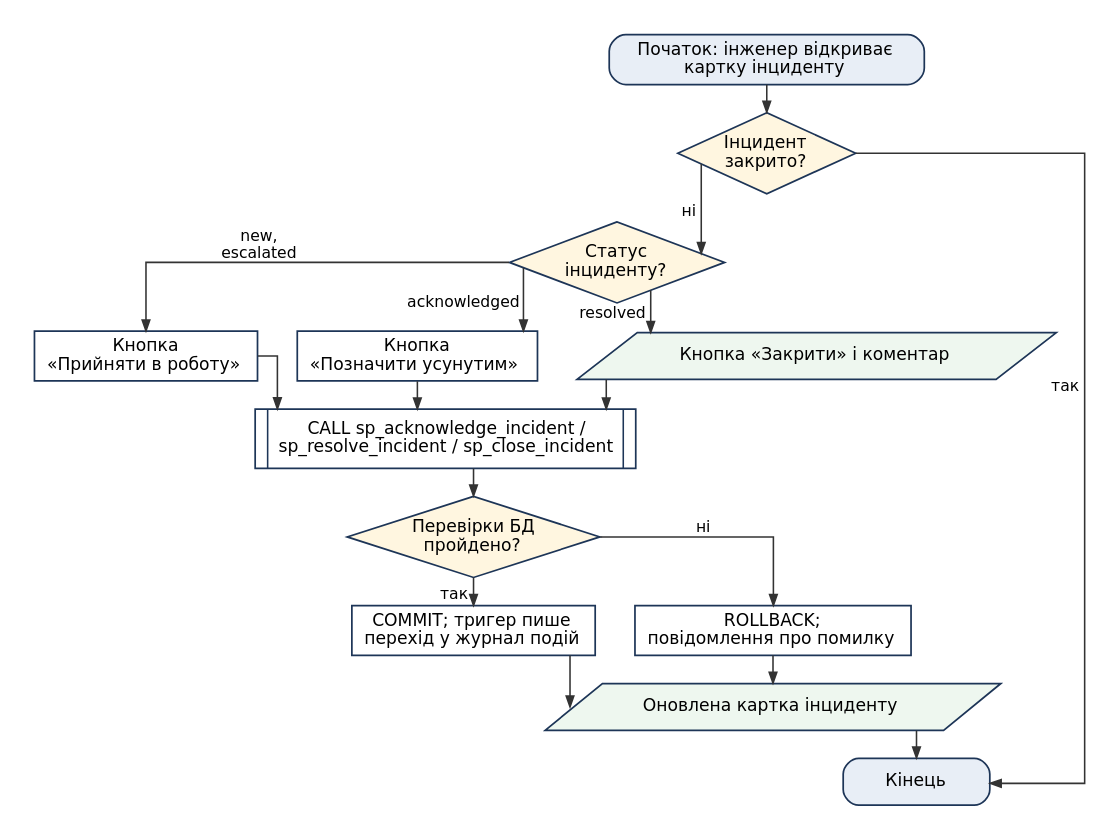
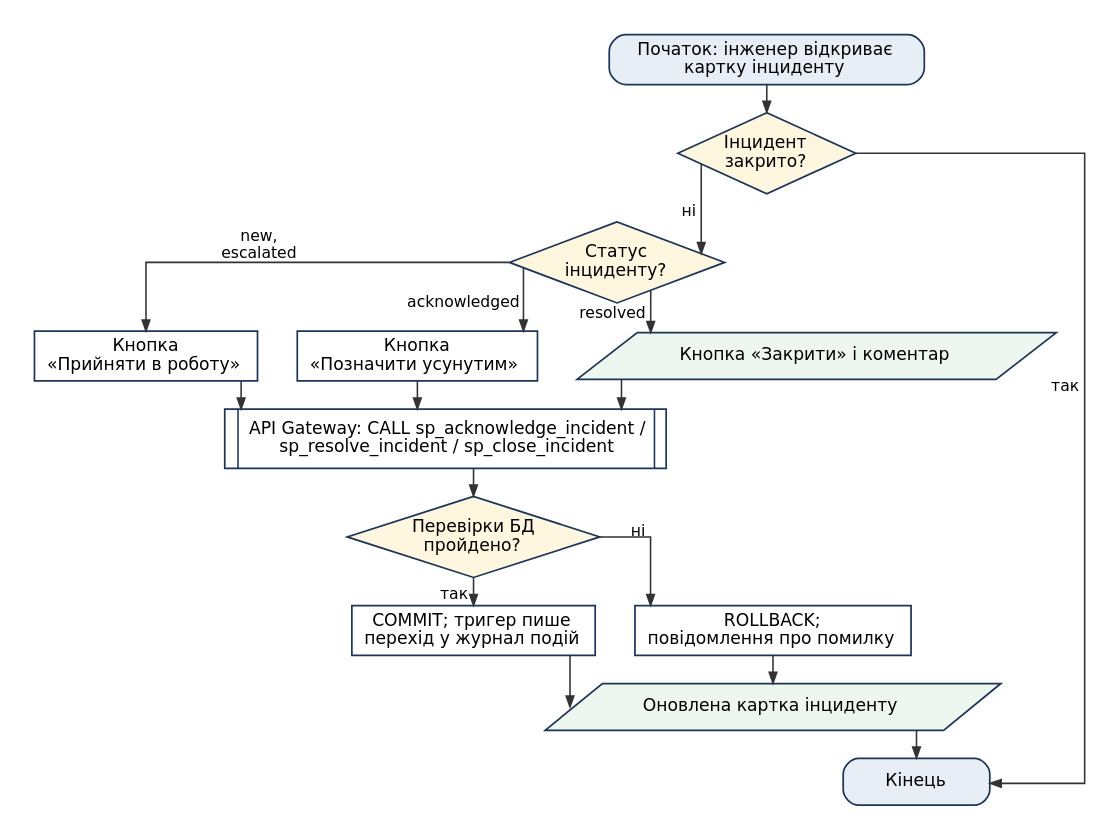
The diagram in docs/diagrams/src/flow_05_incident.dot (KrutoiPatsan13/laba1), drawn with Graphviz before and after one commit. The commit also changed 48 other files, not shown here.

```diff
--- a/docs/diagrams/src/flow_05_incident.dot
+++ b/docs/diagrams/src/flow_05_incident.dot
@@ -1,35 +1,35 @@
 digraph flow_05_incident {
   graph [rankdir=TB, splines=ortho, nodesep=0.35, ranksep=0.25, fontname="DejaVu Sans", pad=0.2, forcelabels=true];
   node [fontname="DejaVu Sans", fontsize=11, width=1.3, height=0.42, color="#1d3557", penwidth=1.1];
   edge [fontname="DejaVu Sans", fontsize=10, color="#333333", arrowsize=0.7];
   n1 [shape=box, style="rounded,filled", fillcolor="#e8eef6", label=<Початок: інженер відкриває<BR/>картку інциденту>, margin="0.25,0.06"];
   n2 [shape=diamond, style=filled, fillcolor="#fff6e0", label=<Інцидент<BR/>закрито?>, margin="0.02,0.02"];
   n3 [shape=diamond, style=filled, fillcolor="#fff6e0", label=<Статус<BR/>інциденту?>, margin="0.02,0.02"];
   n4 [shape=box, label=<Кнопка<BR/>«Прийняти в роботу»>];
   n5 [shape=box, label=<Кнопка<BR/>«Позначити усунутим»>];
   n6 [shape=polygon, sides=4, skew=0.3, style=filled, fillcolor="#eef7ef", label=<Кнопка «Закрити» і коментар>, margin="0.06,0.03"];
-  n7 [shape=box, margin=0, label=<<TABLE BORDER="0" CELLBORDER="0" CELLSPACING="0" CELLPADDING="0"><TR><TD WIDTH="8" BORDER="1" SIDES="R"></TD><TD CELLPADDING="7">CALL sp_acknowledge_incident /<BR/>sp_resolve_incident / sp_close_incident</TD><TD WIDTH="8" BORDER="1" SIDES="L"></TD></TR></TABLE>>];
+  n7 [shape=box, margin=0, label=<<TABLE BORDER="0" CELLBORDER="0" CELLSPACING="0" CELLPADDING="0"><TR><TD WIDTH="8" BORDER="1" SIDES="R"></TD><TD CELLPADDING="7">API Gateway: CALL sp_acknowledge_incident /<BR/>sp_resolve_incident / sp_close_incident</TD><TD WIDTH="8" BORDER="1" SIDES="L"></TD></TR></TABLE>>];
   n8 [shape=diamond, style=filled, fillcolor="#fff6e0", label=<Перевірки БД<BR/>пройдено?>, margin="0.02,0.02"];
   n9 [shape=box, label=<COMMIT; тригер пише<BR/>перехід у журнал подій>];
   n10 [shape=box, label=<ROLLBACK;<BR/>повідомлення про помилку>];
   n11 [shape=polygon, sides=4, skew=0.3, style=filled, fillcolor="#eef7ef", label=<Оновлена картка інциденту>, margin="0.06,0.03"];
   n12 [shape=box, style="rounded,filled", fillcolor="#e8eef6", label=<Кінець>, margin="0.25,0.06"];
   n1 -> n2;
   n2 -> n3 [xlabel=" ні "];
   n3 -> n4 [xlabel=" new,
 escalated "];
   n3 -> n5 [xlabel=" acknowledged "];
   n3 -> n6 [xlabel=" resolved "];
   n4 -> n7;
   n5 -> n7;
   n6 -> n7;
   n7 -> n8;
   n8 -> n9 [xlabel=" так "];
   n8 -> n10 [xlabel=" ні "];
   n9 -> n11;
   n10 -> n11;
   n11 -> n12;
   n2 -> n12 [xlabel=" так "];
   { rank=same; n4; n5; n6; }
   { rank=same; n9; n10; }
 }
```
